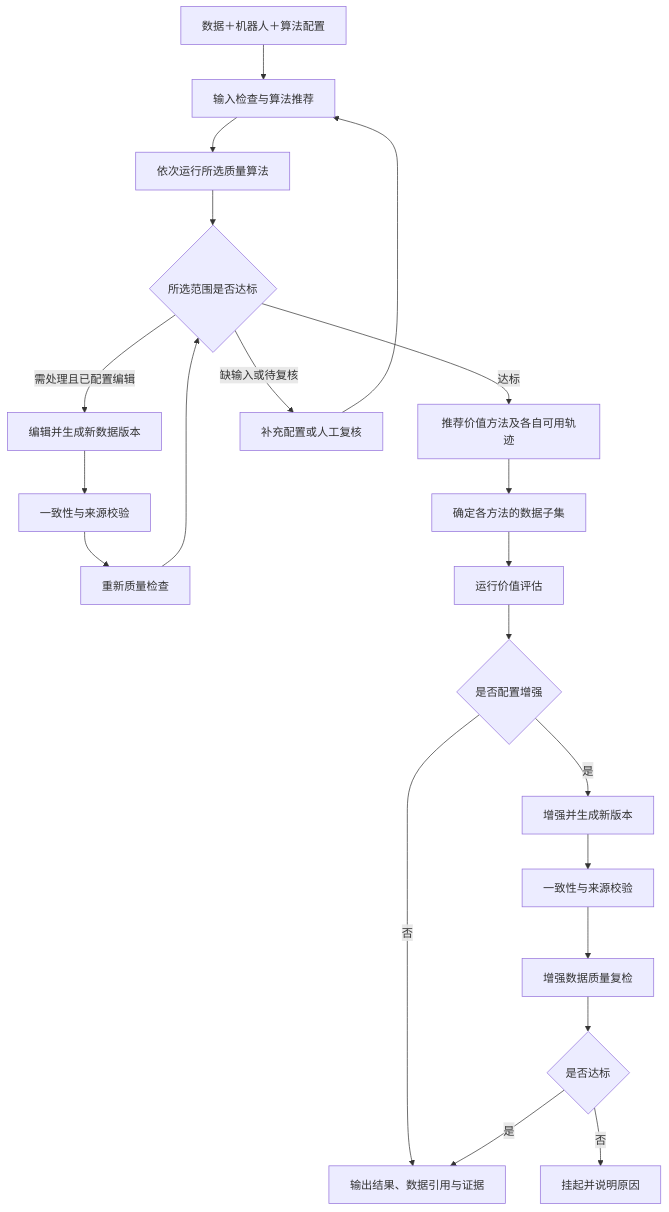
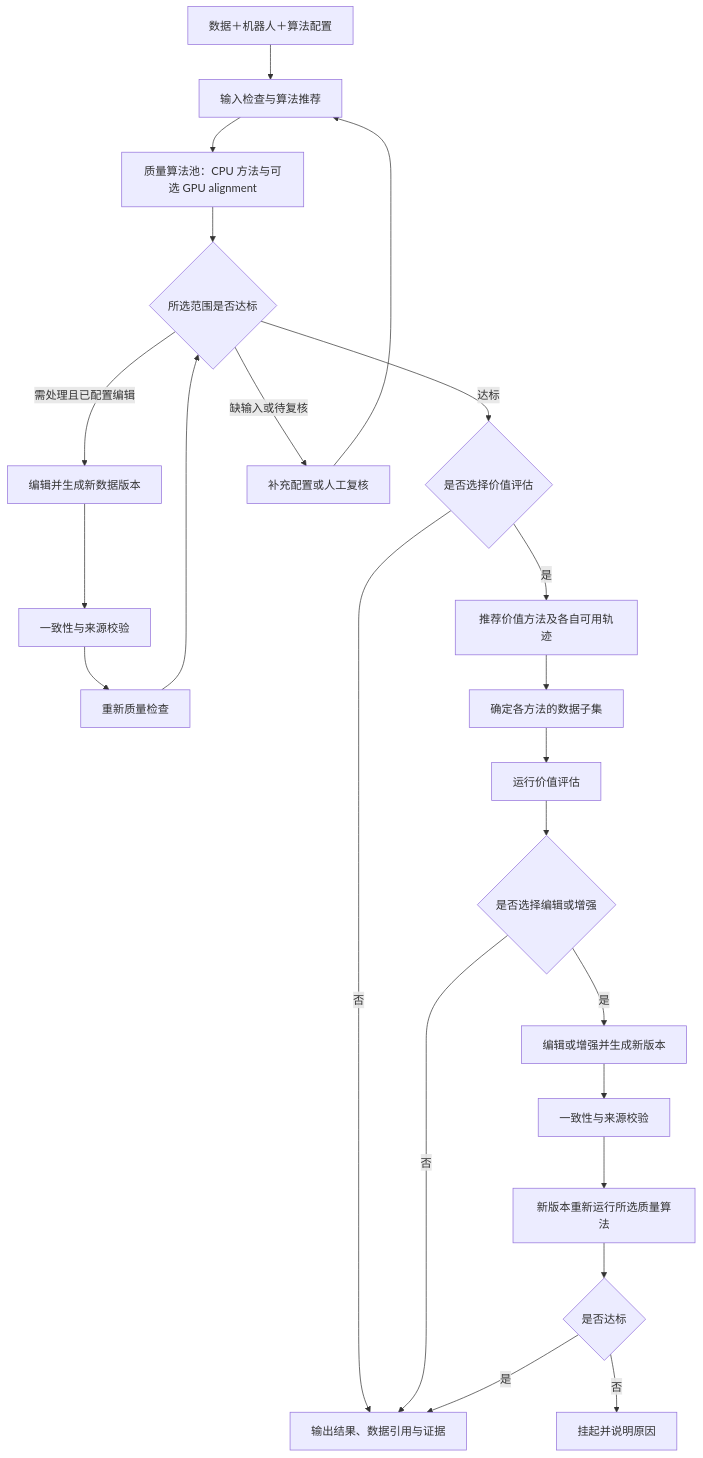
Before and after one commit to singlesingerdht/embodied-data-curation: the diagram in README.zh-CN.md, drawn with Mermaid. The commit also changed other lines of this file and 110 other files, not shown here.

````diff
--- a/README.zh-CN.md
+++ b/README.zh-CN.md
@@ -33,23 +33,25 @@
 ```mermaid
 flowchart TD
     A[数据＋机器人＋算法配置] --> B[输入检查与算法推荐]
-    B --> Q[依次运行所选质量算法]
+    B --> Q[质量算法池：CPU 方法与可选 GPU alignment]
     Q --> G{所选范围是否达标}
-    G -->|达标| V[推荐价值方法及各自可用轨迹]
+    G -->|达标| D{是否选择价值评估}
+    D -->|否| O[输出结果、数据引用与证据]
+    D -->|是| V[推荐价值方法及各自可用轨迹]
     G -->|需处理且已配置编辑| E[编辑并生成新数据版本]
     E --> C[一致性与来源校验]
     C --> Q2[重新质量检查]
     Q2 --> G
     G -->|缺输入或待复核| P[补充配置或人工复核]
     P --> B
     V --> S[确定各方法的数据子集]
     S --> R[运行价值评估]
-    R --> U{是否配置增强}
-    U -->|否| O[输出结果、数据引用与证据]
-    U -->|是| N[增强并生成新版本]
+    R --> U{是否选择编辑或增强}
+    U -->|否| O
+    U -->|是| N[编辑或增强并生成新版本]
     N --> C2[一致性与来源校验]
-    C2 --> Q3[增强数据质量复检]
+    C2 --> Q3[新版本重新运行所选质量算法]
     Q3 --> G2{是否达标}
     G2 -->|是| O
     G2 -->|否| P2[挂起并说明原因]
 ```
````
